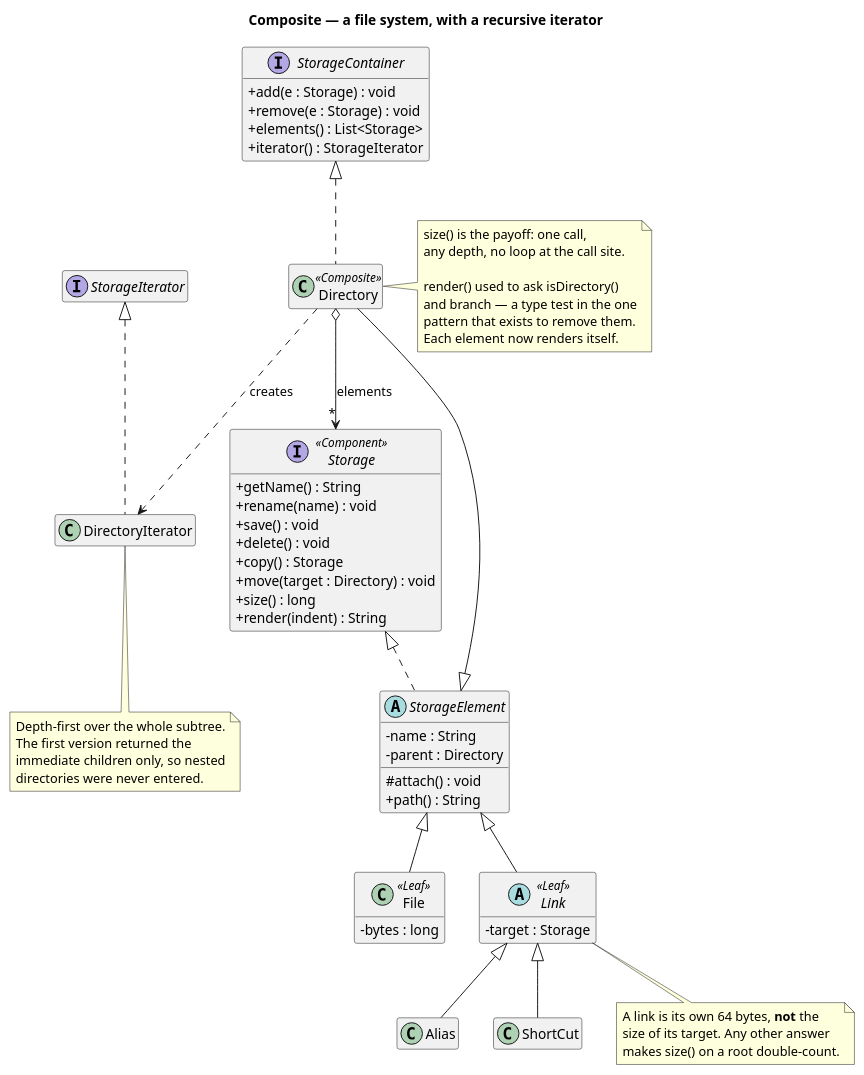
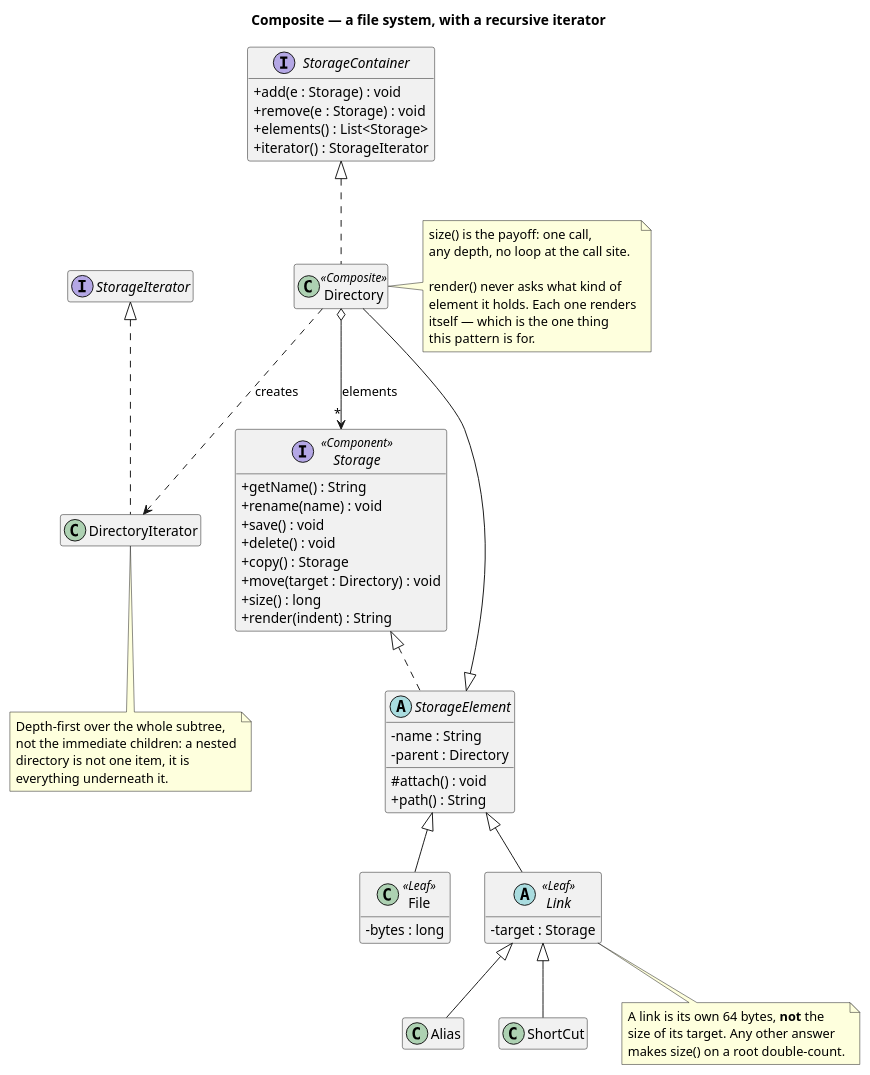
Before and after one commit to kaldiroglu/DesignPatternsWithJava: the diagram in src/main/java/dev/kaldiroglu/dp/structural/composite/fileSystem/uml/Composite - File System - Class Diagram.puml, drawn with PlantUML. The commit also changed 10 other files, not shown here.

```diff
--- a/src/main/java/dev/kaldiroglu/dp/structural/composite/fileSystem/uml/Composite - File System - Class Diagram.puml
+++ b/src/main/java/dev/kaldiroglu/dp/structural/composite/fileSystem/uml/Composite - File System - Class Diagram.puml
@@ -1,80 +1,80 @@
 @startuml "Composite - File System - Class Diagram"
 skinparam classAttributeIconSize 0
 hide empty members
 title Composite — a file system, with a recursive iterator
 
 
 interface Storage <<Component>> {
   + getName() : String
   + rename(name) : void
   + save() : void
   + delete() : void
   + copy() : Storage
   + move(target : Directory) : void
   + size() : long
   + render(indent) : String
 }
 
 abstract class StorageElement {
   - name : String
   - parent : Directory
   # attach() : void
   + path() : String
 }
 
 class File <<Leaf>> {
   - bytes : long
 }
 abstract class Link <<Leaf>> {
   - target : Storage
 }
 class Alias
 class ShortCut
 
 interface StorageContainer {
   + add(e : Storage) : void
   + remove(e : Storage) : void
   + elements() : List<Storage>
   + iterator() : StorageIterator
 }
 
 class Directory <<Composite>>
 
 interface StorageIterator
 class DirectoryIterator
 
 Storage <|.. StorageElement
 StorageElement <|-- File
 StorageElement <|-- Link
 Link <|-- Alias
 Link <|-- ShortCut
 StorageElement <|-- Directory
 StorageContainer <|.. Directory
 Directory o--> "*" Storage : elements
 Directory ..> DirectoryIterator : creates
 StorageIterator <|.. DirectoryIterator
 
 note right of Directory
   size() is the payoff: one call,
   any depth, no loop at the call site.
 
-  render() used to ask isDirectory()
-  and branch — a type test in the one
-  pattern that exists to remove them.
-  Each element now renders itself.
+  render() never asks what kind of
+  element it holds. Each one renders
+  itself — which is the one thing
+  this pattern is for.
 end note
 
 note bottom of Link
   A link is its own 64 bytes, <b>not</b> the
   size of its target. Any other answer
   makes size() on a root double-count.
 end note
 
 note bottom of DirectoryIterator
-  Depth-first over the whole subtree.
-  The first version returned the
-  immediate children only, so nested
-  directories were never entered.
+  Depth-first over the whole subtree,
+  not the immediate children: a nested
+  directory is not one item, it is
+  everything underneath it.
 end note
 
 @enduml
```
